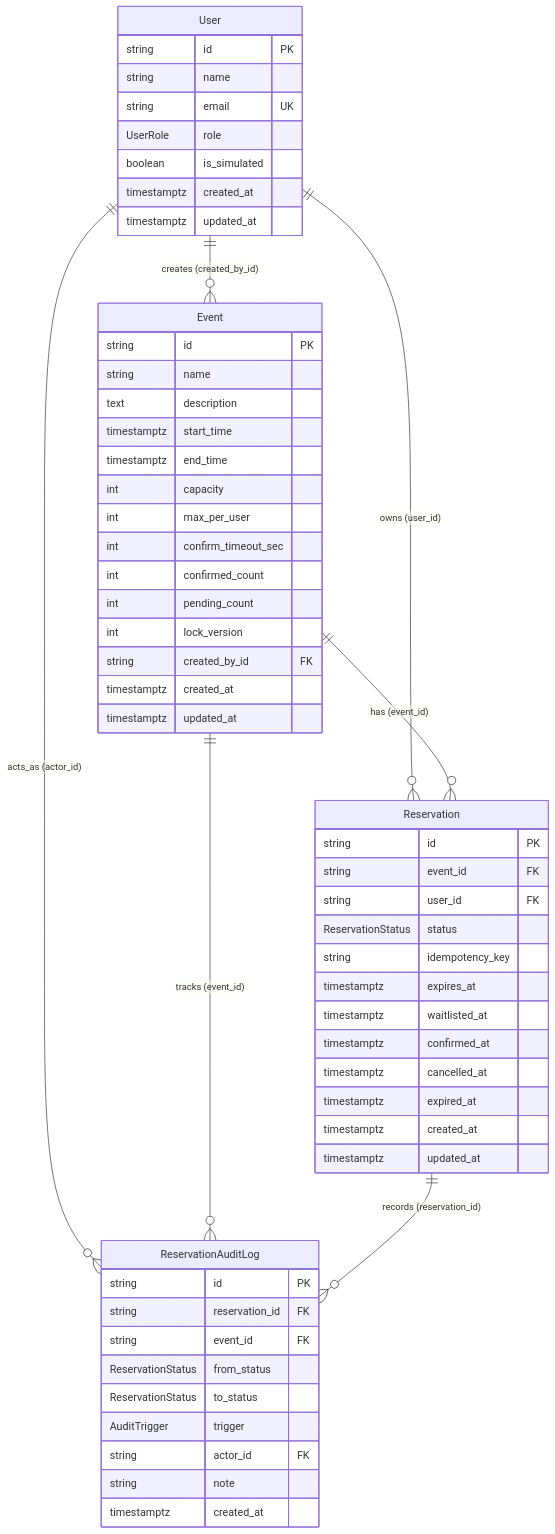
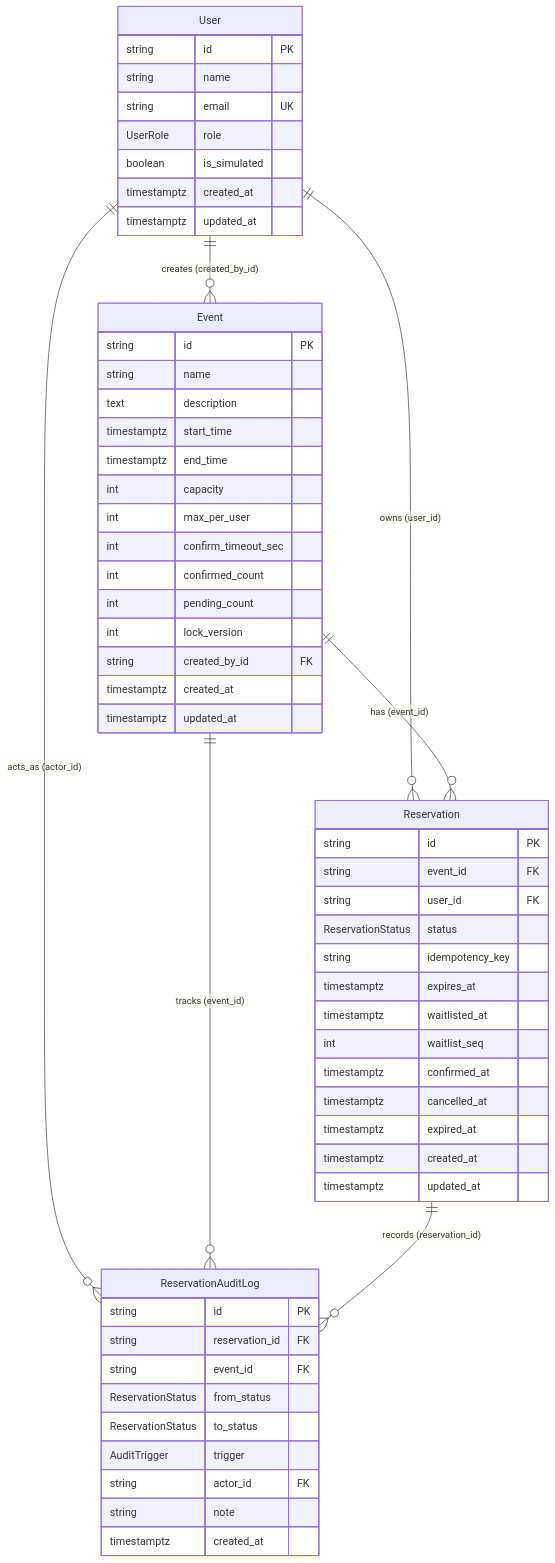
The diagram in docs/database.md (Shenyun3/event-reservation-queue), drawn with Mermaid before and after one commit. The commit also changed other lines of this file and 3 other files, not shown here.

Commit message:
docs: revise architecture, database, and decisions per review findings (Go)

````diff
--- a/docs/database.md
+++ b/docs/database.md
@@ -20,63 +23,64 @@
 ```mermaid
 erDiagram
     User ||--o{ Event : "creates (created_by_id)"
     User ||--o{ Reservation : "owns (user_id)"
     User ||--o{ ReservationAuditLog : "acts_as (actor_id)"
     Event ||--o{ Reservation : "has (event_id)"
     Event ||--o{ ReservationAuditLog : "tracks (event_id)"
     Reservation ||--o{ ReservationAuditLog : "records (reservation_id)"
 
     User {
         string id PK
         string name
         string email UK
         UserRole role
         boolean is_simulated
         timestamptz created_at
         timestamptz updated_at
     }
 
     Event {
         string id PK
         string name
         text description
         timestamptz start_time
         timestamptz end_time
         int capacity
         int max_per_user
         int confirm_timeout_sec
         int confirmed_count
         int pending_count
         int lock_version
         string created_by_id FK
         timestamptz created_at
         timestamptz updated_at
     }
 
     Reservation {
         string id PK
         string event_id FK
         string user_id FK
         ReservationStatus status
         string idempotency_key
         timestamptz expires_at
         timestamptz waitlisted_at
+        int waitlist_seq
         timestamptz confirmed_at
         timestamptz cancelled_at
         timestamptz expired_at
         timestamptz created_at
         timestamptz updated_at
     }
 
     ReservationAuditLog {
         string id PK
         string reservation_id FK
         string event_id FK
         ReservationStatus from_status
         ReservationStatus to_status
         AuditTrigger trigger
         string actor_id FK
         string note
         timestamptz created_at
     }
 ```
````
